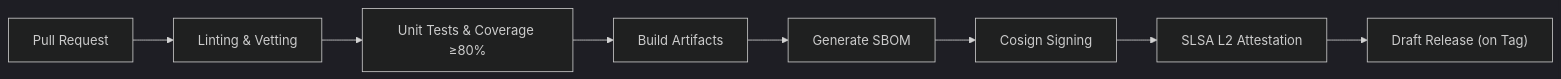
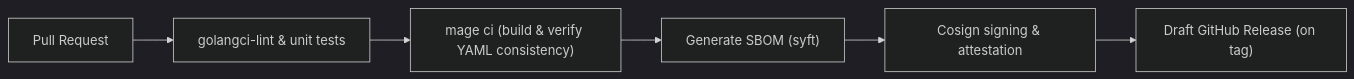
Before and after one commit to srediag/srediag: the diagram in docs/architecture/build.md, drawn with Mermaid (dark theme). The commit also changed other lines of this file and 107 other files, not shown here.

````diff
--- a/docs/architecture/build.md
+++ b/docs/architecture/build.md
@@ -101,10 +93,8 @@
 ```mermaid
 graph LR
-  PR["Pull Request"] --> lint["Linting & Vetting"]
-  lint --> test["Unit Tests & Coverage ≥80%"]
-  test --> build["Build Artifacts"]
-  build --> sbom["Generate SBOM"]
-  sbom --> sign["Cosign Signing"]
-  sign --> attest["SLSA L2 Attestation"]
-  attest --> release["Draft Release (on Tag)"]
+  PR["Pull Request"] --> LintTest["golangci-lint & unit tests"]
+  LintTest --> Build["mage ci (build & verify YAML consistency)"]
+  Build --> SBOM["Generate SBOM (syft)"]
+  SBOM --> Cosign["Cosign signing & attestation"]
+  Cosign --> Release["Draft GitHub Release (on tag)"]
 ```
````
